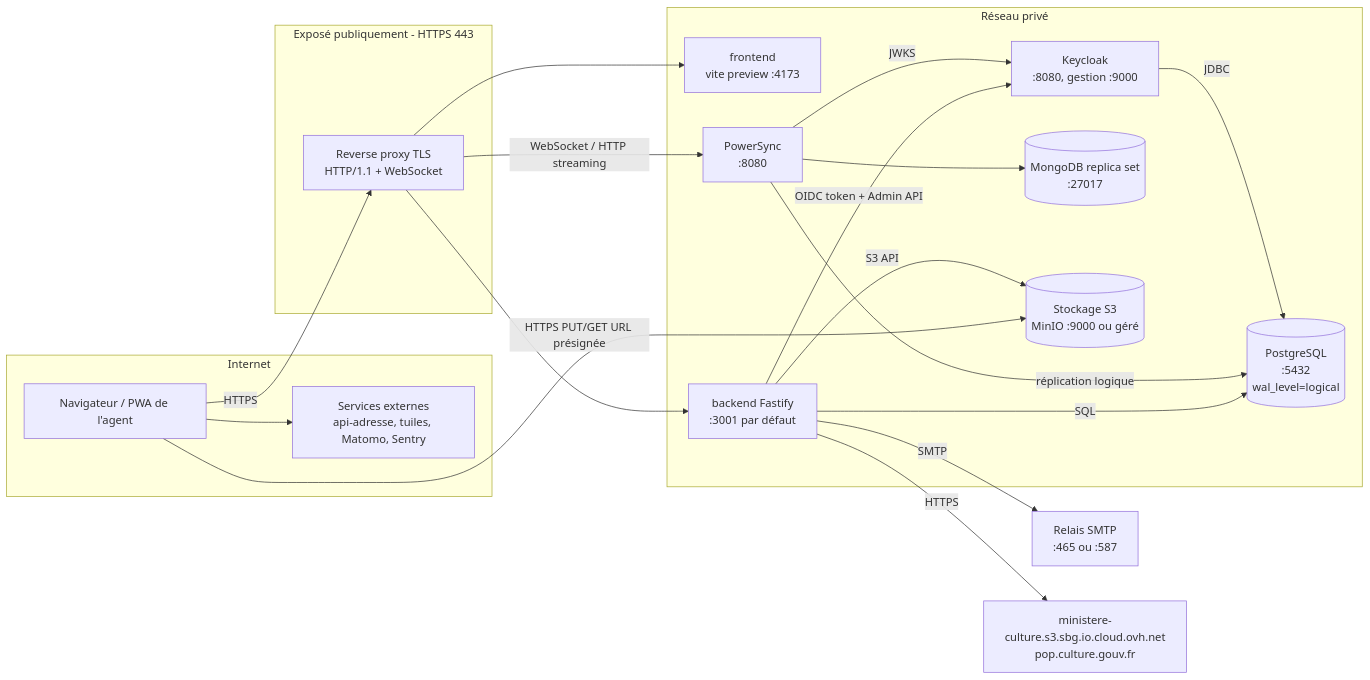
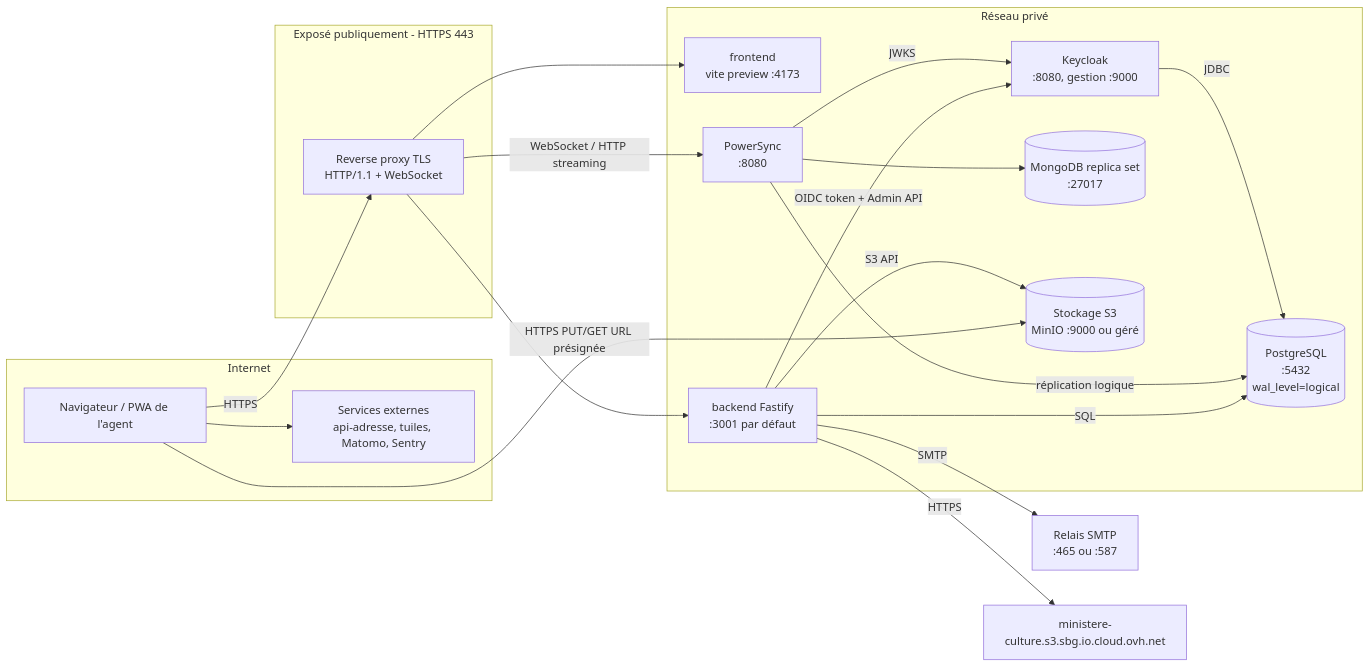
Before and after one commit to betagouv/patrinotes: the second of 3 diagrams in docs/10-infrastructure-et-deploiement.md, drawn with Mermaid. The commit also changed other lines of this file and 18 other files, not shown here.

````diff
--- a/docs/10-infrastructure-et-deploiement.md
+++ b/docs/10-infrastructure-et-deploiement.md
@@ -262,40 +262,40 @@
 ```mermaid
 flowchart LR
     subgraph Internet
         U["Navigateur / PWA de l'agent"]
         EXT["Services externes<br/>api-adresse, tuiles, Matomo, Sentry"]
     end
 
     subgraph DMZ["Exposé publiquement - HTTPS 443"]
         RP["Reverse proxy TLS<br/>HTTP/1.1 + WebSocket"]
     end
 
     subgraph Interne["Réseau privé"]
         FE["frontend<br/>vite preview :4173"]
         BE["backend Fastify<br/>:3001 par défaut"]
         PS["PowerSync<br/>:8080"]
         KC["Keycloak<br/>:8080, gestion :9000"]
         PG[("PostgreSQL<br/>:5432<br/>wal_level=logical")]
         MG[("MongoDB replica set<br/>:27017")]
         S3[("Stockage S3<br/>MinIO :9000 ou géré")]
     end
 
     SMTP["Relais SMTP<br/>:465 ou :587"]
-    DG["ministere-culture.s3.sbg.io.cloud.ovh.net<br/>pop.culture.gouv.fr"]
+    DG["ministere-culture.s3.sbg.io.cloud.ovh.net"]
 
     U -->|"HTTPS"| RP
     RP --> FE
     RP --> BE
     RP -->|"WebSocket / HTTP streaming"| PS
     U -->|"HTTPS PUT/GET URL présignée"| S3
     U --> EXT
     BE -->|"SQL"| PG
     BE -->|"S3 API"| S3
     BE -->|"OIDC token + Admin API"| KC
     BE -->|"SMTP"| SMTP
     BE -->|"HTTPS"| DG
     PS -->|"réplication logique"| PG
     PS --> MG
     PS -->|"JWKS"| KC
     KC -->|"JDBC"| PG
 ```
````
